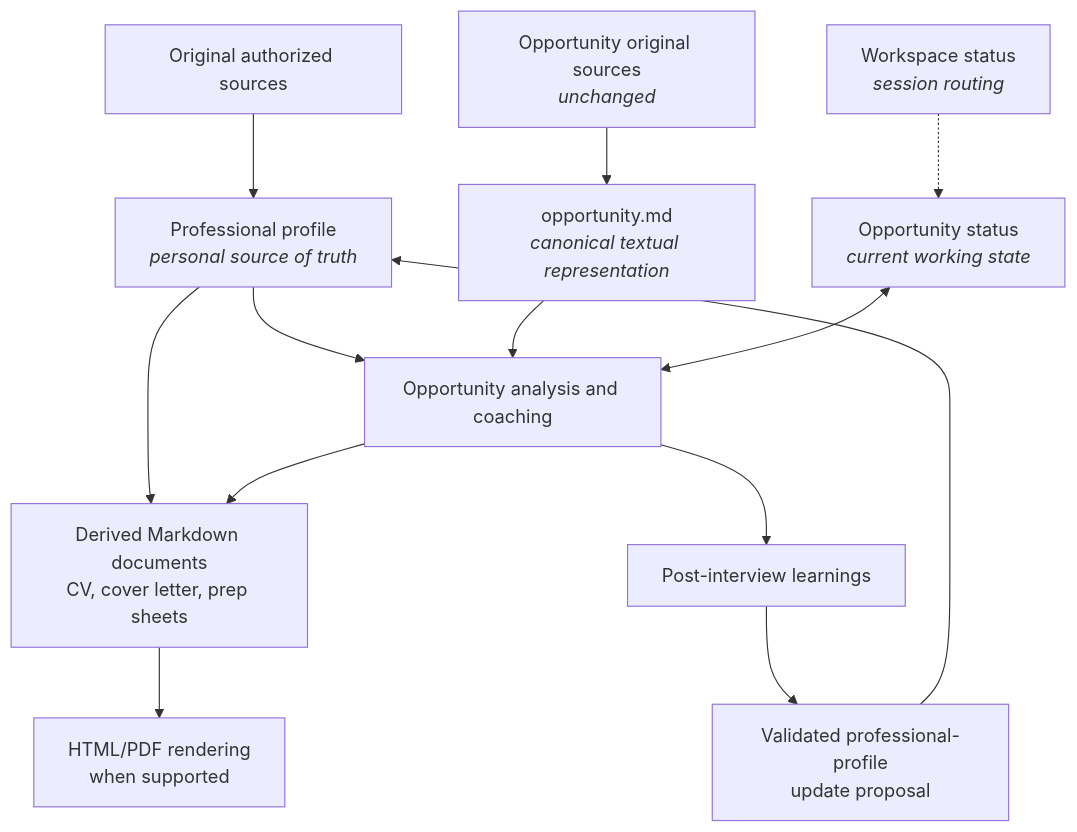
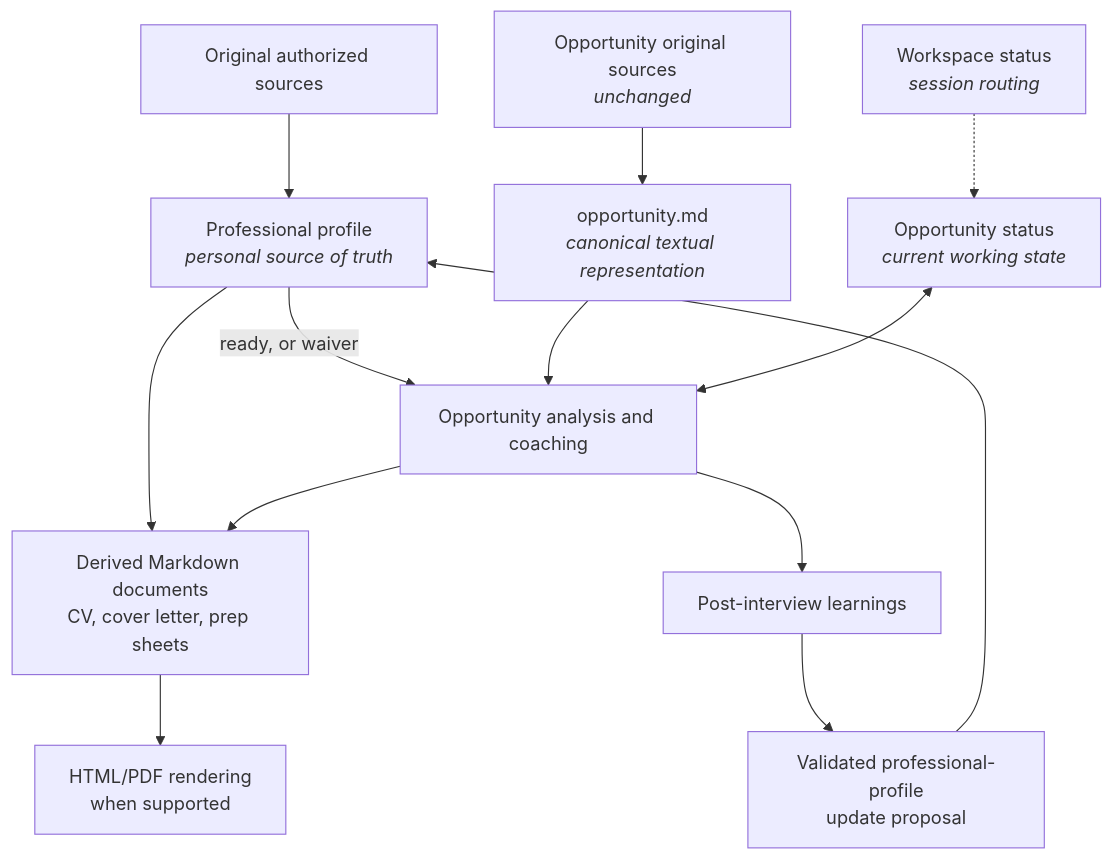
One commit to JeromeJ77/career-ai-toolkit changed the first of 2 diagrams in docs/document-lifecycle.md. Above: the diagram before and after it, drawn with Mermaid. The commit also changed other lines of this file and 18 other files, not shown here.

````diff
--- a/docs/document-lifecycle.md
+++ b/docs/document-lifecycle.md
@@ -3,27 +3,27 @@
 ```mermaid
 flowchart TD
     sources["Original authorized sources"]
     profile["Professional profile<br/><i>personal source of truth</i>"]
     opportunityOriginals["Opportunity original sources<br/><i>unchanged</i>"]
     opportunitySource["opportunity.md<br/><i>canonical textual representation</i>"]
     workspaceStatus["Workspace status<br/><i>session routing</i>"]
     opportunityStatus["Opportunity status<br/><i>current working state</i>"]
     opportunity["Opportunity analysis and coaching"]
     derived["Derived Markdown documents<br/>CV, cover letter, prep sheets"]
     render["HTML/PDF rendering<br/>when supported"]
     learnings["Post-interview learnings"]
     proposal["Validated professional-profile<br/>update proposal"]
 
     sources --> profile
     opportunityOriginals --> opportunitySource
     workspaceStatus -.-> opportunityStatus
-    profile --> opportunity
+    profile -->|ready, or waiver| opportunity
     opportunitySource --> opportunity
     opportunityStatus <--> opportunity
     profile --> derived
     opportunity --> derived
     derived --> render
     opportunity --> learnings
     learnings --> proposal
     proposal --> profile
 ```
````
